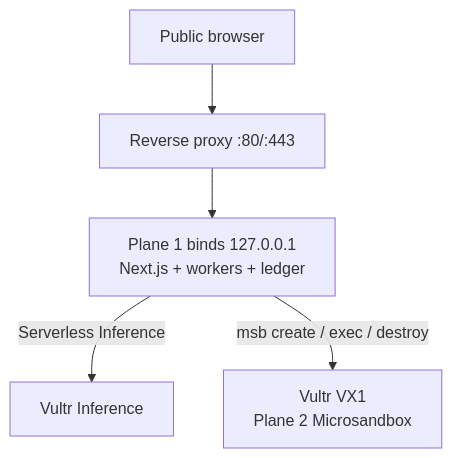
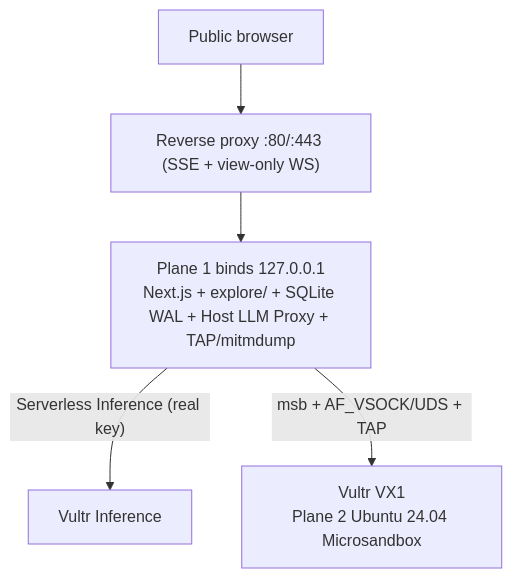
The sixth of 6 diagrams in ARCHITECTURE.md (ludvigodin/killhub), drawn with Mermaid before and after one commit. The commit also changed other lines of this file and 35 other files, not shown here.

````diff
--- a/ARCHITECTURE.md
+++ b/ARCHITECTURE.md
@@ -454,7 +570,7 @@
 ```mermaid
 flowchart TB
-  User["Public browser"] --> Edge["Reverse proxy :80/:443"]
-  Edge --> CP["Plane 1 binds 127.0.0.1<br/>Next.js + workers + ledger"]
-  CP -->|"Serverless Inference"| Inf["Vultr Inference"]
-  CP -->|"msb create / exec / destroy"| VX1["Vultr VX1<br/>Plane 2 Microsandbox"]
+  User["Public browser"] --> Edge["Reverse proxy :80/:443 (SSE + view-only WS)"]
+  Edge --> CP["Plane 1 binds 127.0.0.1<br/>Next.js + explore/ + SQLite WAL + Host LLM Proxy + TAP/mitmdump"]
+  CP -->|"Serverless Inference (real key)"| Inf["Vultr Inference"]
+  CP -->|"msb + AF_VSOCK/UDS + TAP"| VX1["Vultr VX1<br/>Plane 2 Ubuntu 24.04 Microsandbox"]
 ```
````
